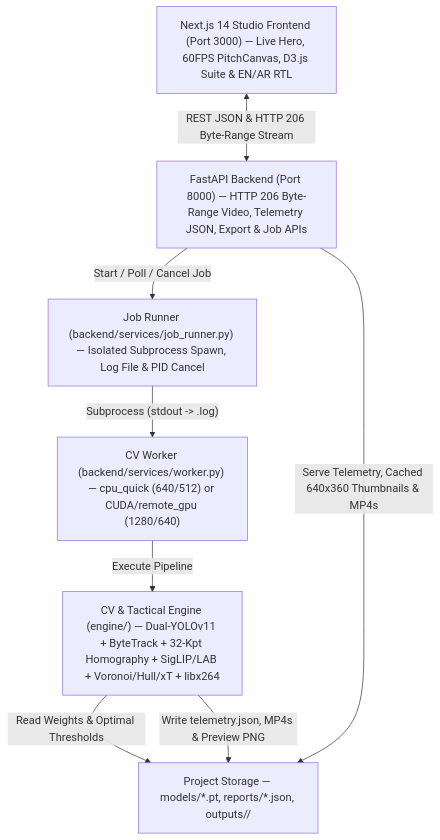
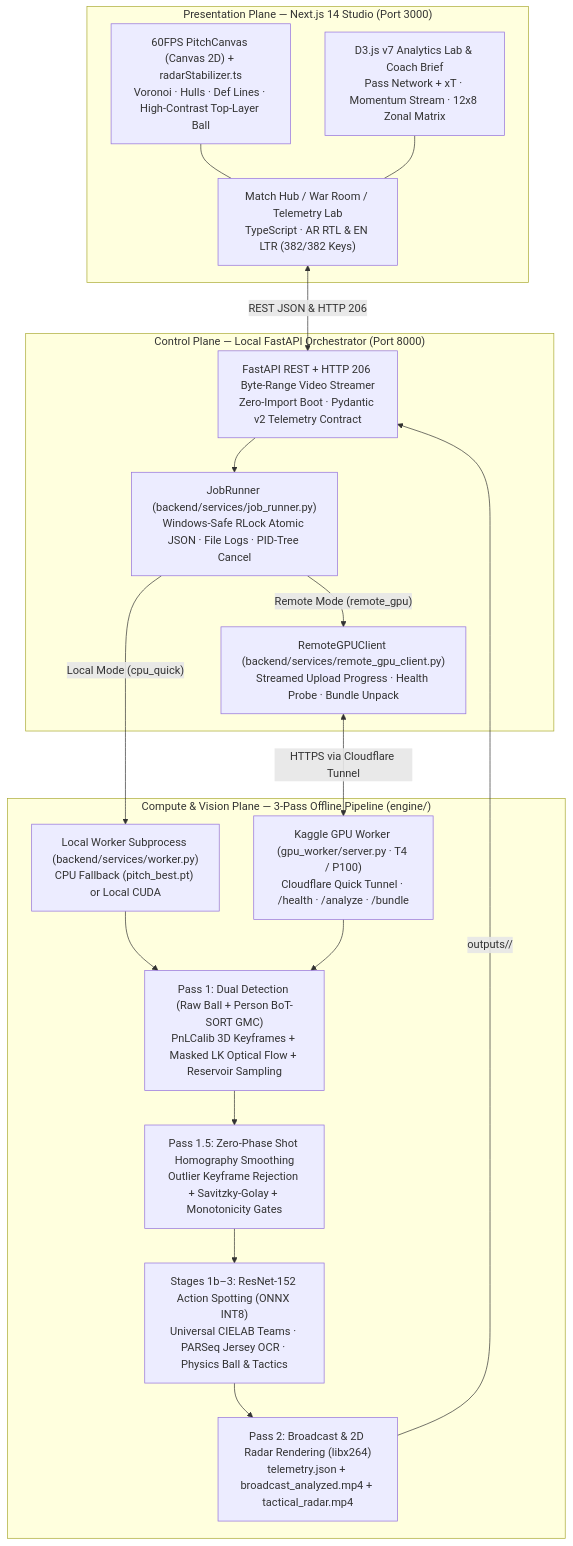
The diagram in README.md (Mazenalodini/TacticalVision-AI), drawn with Mermaid before and after one commit. The commit also changed other lines of this file and 3 other files, not shown here.

Commit message:
docs(readme): rewrite production Arabic+English architecture README with 3D radar showcase & align Kaggle notebook to main

````diff
--- a/README.md
+++ b/README.md
@@ -70,17 +65,35 @@
 ```mermaid
 flowchart TB
-    FE["Next.js 14 Studio Frontend (Port 3000) — Live Hero, 60FPS PitchCanvas, D3.js Suite & EN/AR RTL"]
-    API["FastAPI Backend (Port 8000) — HTTP 206 Byte-Range Video, Telemetry JSON, Export & Job APIs"]
-    RUNNER["Job Runner (backend/services/job_runner.py) — Isolated Subprocess Spawn, Log File & PID Cancel"]
-    WORKER["CV Worker (backend/services/worker.py) — cpu_quick (640/512) or CUDA/remote_gpu (1280/640)"]
-    ENGINE["CV & Tactical Engine (engine/) — Dual-YOLOv11 + ByteTrack + 32-Kpt Homography + SigLIP/LAB + Voronoi/Hull/xT + libx264"]
-    STORE["Project Storage — models/*.pt, reports/*.json, outputs/<match_id>/"]
+    subgraph Presentation["Presentation Plane — Next.js 14 Studio (Port 3000)"]
+        UI["Match Hub / War Room / Telemetry Lab<br/>TypeScript · AR RTL & EN LTR (382/382 Keys)"]
+        CANVAS["60FPS PitchCanvas (Canvas 2D) + radarStabilizer.ts<br/>Voronoi · Hulls · Def Lines · High-Contrast Top-Layer Ball"]
+        D3LAB["D3.js v7 Analytics Lab & Coach Brief<br/>Pass Network + xT · Momentum Stream · 12x8 Zonal Matrix"]
+    end
 
-    FE <-->|"REST JSON & HTTP 206 Byte-Range Stream"| API
-    API -->|"Start / Poll / Cancel Job"| RUNNER
-    RUNNER -->|"Subprocess (stdout -> .log)"| WORKER
-    WORKER -->|"Execute Pipeline"| ENGINE
-    ENGINE -->|"Read Weights & Optimal Thresholds"| STORE
-    ENGINE -->|"Write telemetry.json, MP4s & Preview PNG"| STORE
-    API -->|"Serve Telemetry, Cached 640x360 Thumbnails & MP4s"| STORE
+    subgraph Control["Control Plane — Local FastAPI Orchestrator (Port 8000)"]
+        API["FastAPI REST + HTTP 206 Byte-Range Video Streamer<br/>Zero-Import Boot · Pydantic v2 Telemetry Contract"]
+        JOBS["JobRunner (backend/services/job_runner.py)<br/>Windows-Safe RLock Atomic JSON · File Logs · PID-Tree Cancel"]
+        RCLIENT["RemoteGPUClient (backend/services/remote_gpu_client.py)<br/>Streamed Upload Progress · Health Probe · Bundle Unpack"]
+    end
+
+    subgraph Compute["Compute & Vision Plane — 3-Pass Offline Pipeline (engine/)"]
+        LOCAL["Local Worker Subprocess (backend/services/worker.py)<br/>CPU Fallback (pitch_best.pt) or Local CUDA"]
+        KAGGLE["Kaggle GPU Worker (gpu_worker/server.py · T4 / P100)<br/>Cloudflare Quick Tunnel · /health · /analyze · /bundle"]
+        P1["Pass 1: Dual Detection (Raw Ball + Person BoT-SORT GMC)<br/>PnLCalib 3D Keyframes + Masked LK Optical Flow + Reservoir Sampling"]
+        P15["Pass 1.5: Zero-Phase Shot Homography Smoothing<br/>Outlier Keyframe Rejection + Savitzky-Golay + Monotonicity Gates"]
+        S123["Stages 1b–3: ResNet-152 Action Spotting (ONNX INT8)<br/>Universal CIELAB Teams · PARSeq Jersey OCR · Physics Ball & Tactics"]
+        P2["Pass 2: Broadcast & 2D Radar Rendering (libx264)<br/>telemetry.json + broadcast_analyzed.mp4 + tactical_radar.mp4"]
+    end
+
+    UI <-->|"REST JSON & HTTP 206"| API
+    CANVAS --- UI
+    D3LAB --- UI
+    API --> JOBS
+    JOBS -->|"Local Mode (cpu_quick)"| LOCAL
+    JOBS -->|"Remote Mode (remote_gpu)"| RCLIENT
+    RCLIENT <-->|"HTTPS via Cloudflare Tunnel"| KAGGLE
+    LOCAL --> P1
+    KAGGLE --> P1
+    P1 --> P15 --> S123 --> P2
+    P2 -->|"outputs/<match_id>/"| API
 ```
````
